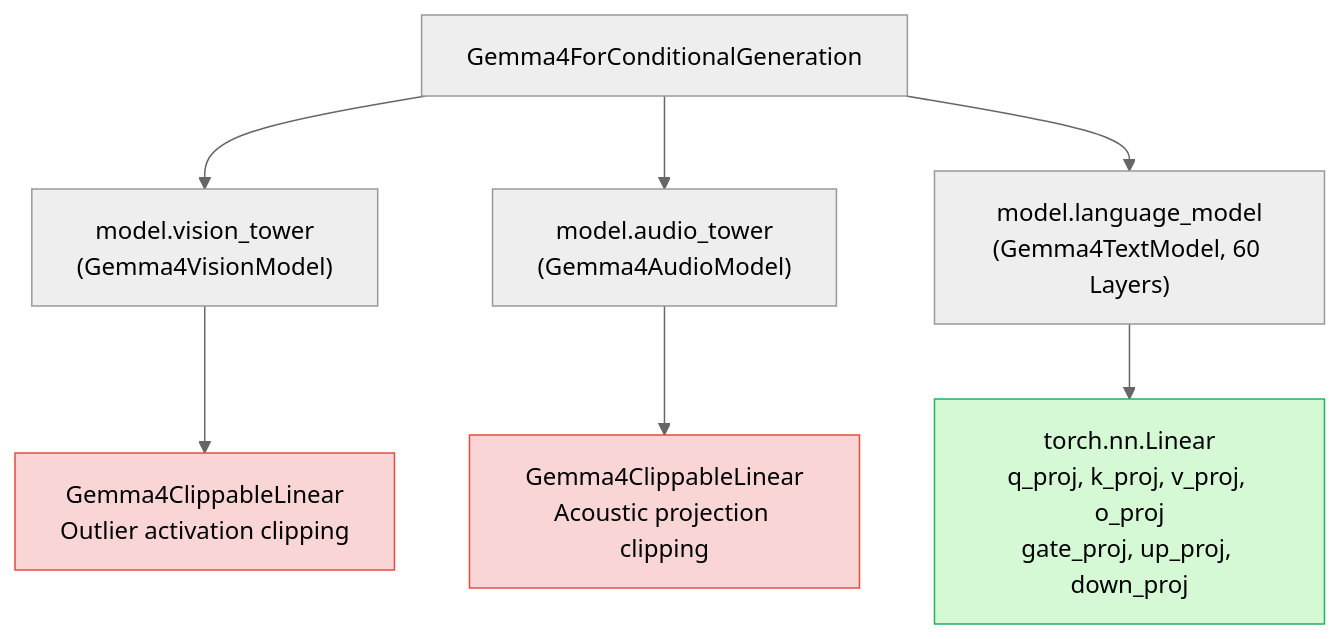
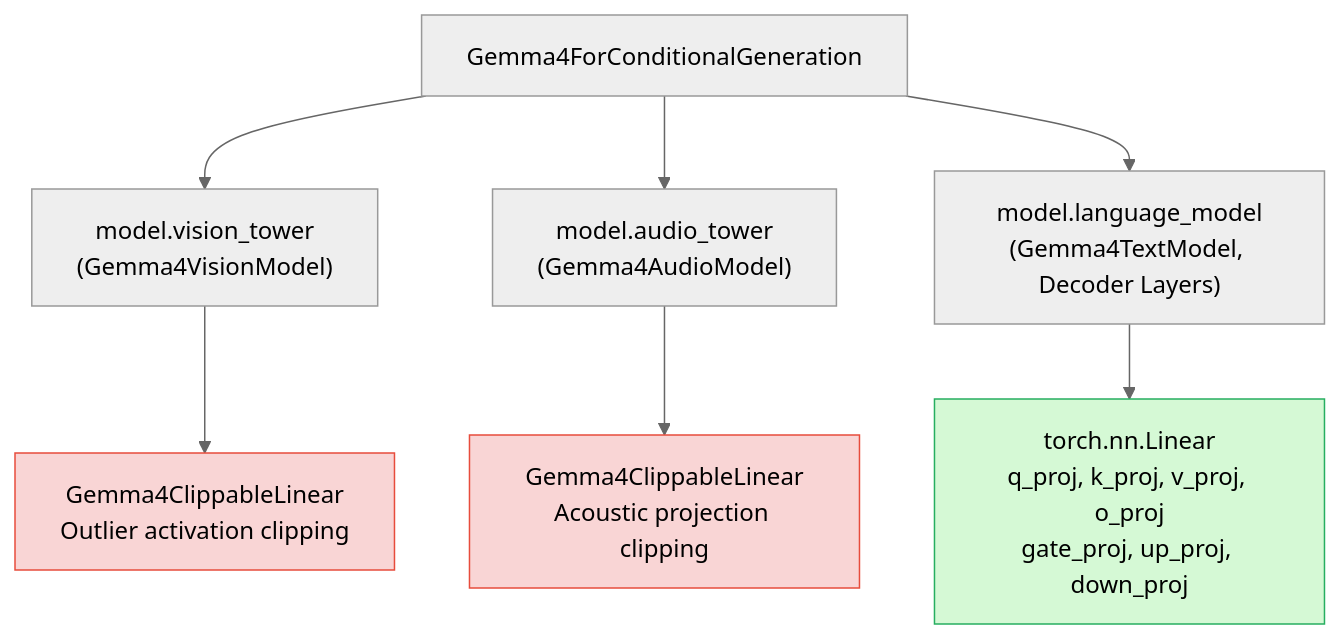
Before and after one commit to lmassaron/gemma-4-developer-agent: the second of 5 diagrams in articles/gemma_4_developer_agent_paper_track_writeup.md, drawn with Mermaid (neutral theme). The commit also changed other lines of this file and 4 other files, not shown here.

````diff
--- a/articles/gemma_4_developer_agent_paper_track_writeup.md
+++ b/articles/gemma_4_developer_agent_paper_track_writeup.md
@@ -53,15 +54,15 @@
 ```mermaid
 graph TD
     Root["Gemma4ForConditionalGeneration"]
     Root --> VT["model.vision_tower<br/>(Gemma4VisionModel)"]
     Root --> AT["model.audio_tower<br/>(Gemma4AudioModel)"]
-    Root --> LM["model.language_model<br/>(Gemma4TextModel, 60 Layers)"]
+    Root --> LM["model.language_model<br/>(Gemma4TextModel, Decoder Layers)"]
     
     VT --> VMod["Gemma4ClippableLinear<br/>Outlier activation clipping"]
     AT --> AMod["Gemma4ClippableLinear<br/>Acoustic projection clipping"]
     LM --> LMod["torch.nn.Linear<br/>q_proj, k_proj, v_proj, o_proj<br/>gate_proj, up_proj, down_proj"]
     
     style VMod fill:#f9d5d5,stroke:#e74c3c
     style AMod fill:#f9d5d5,stroke:#e74c3c
     style LMod fill:#d5f9d5,stroke:#27ae60
 ```
````
